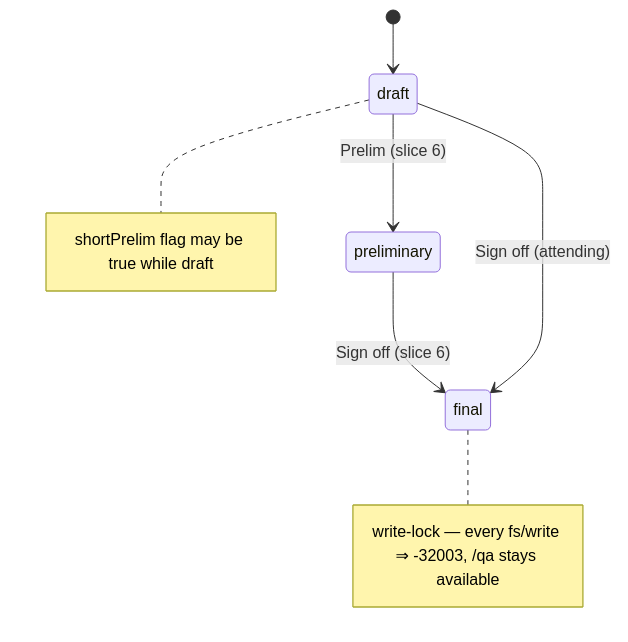
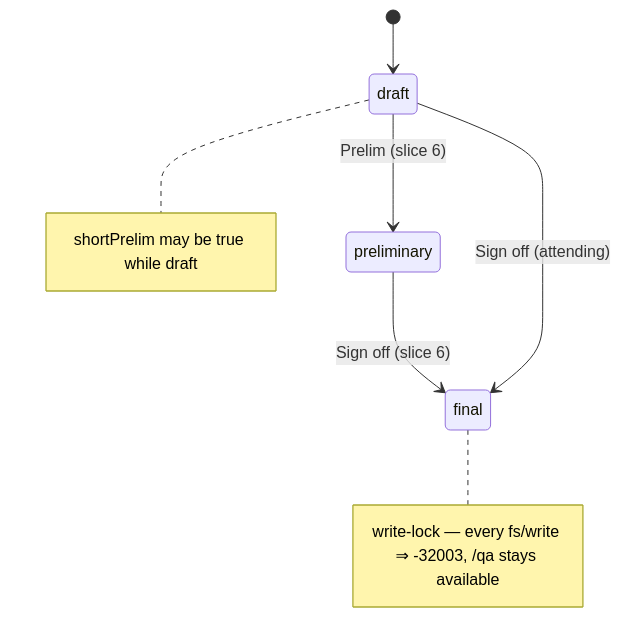
Before and after one commit to Lightbridge-KS/acp-rad-demo: the fifth of 5 diagrams in docs/design/02-surface-architecture.md, drawn with Mermaid. The commit also changed other lines of this file and 13 other files, not shown here.

````diff
--- a/docs/design/02-surface-architecture.md
+++ b/docs/design/02-surface-architecture.md
@@ -178,9 +179,9 @@
 ```mermaid
 stateDiagram-v2
     [*] --> draft
     draft --> preliminary: Prelim (slice 6)
     preliminary --> final: Sign off (slice 6)
     draft --> final: Sign off (attending)
-    note right of draft: shortPrelim flag may be true while draft
+    note right of draft: shortPrelim may be true while draft
     note right of final: write-lock — every fs/write ⇒ -32003, /qa stays available
 ```
````
